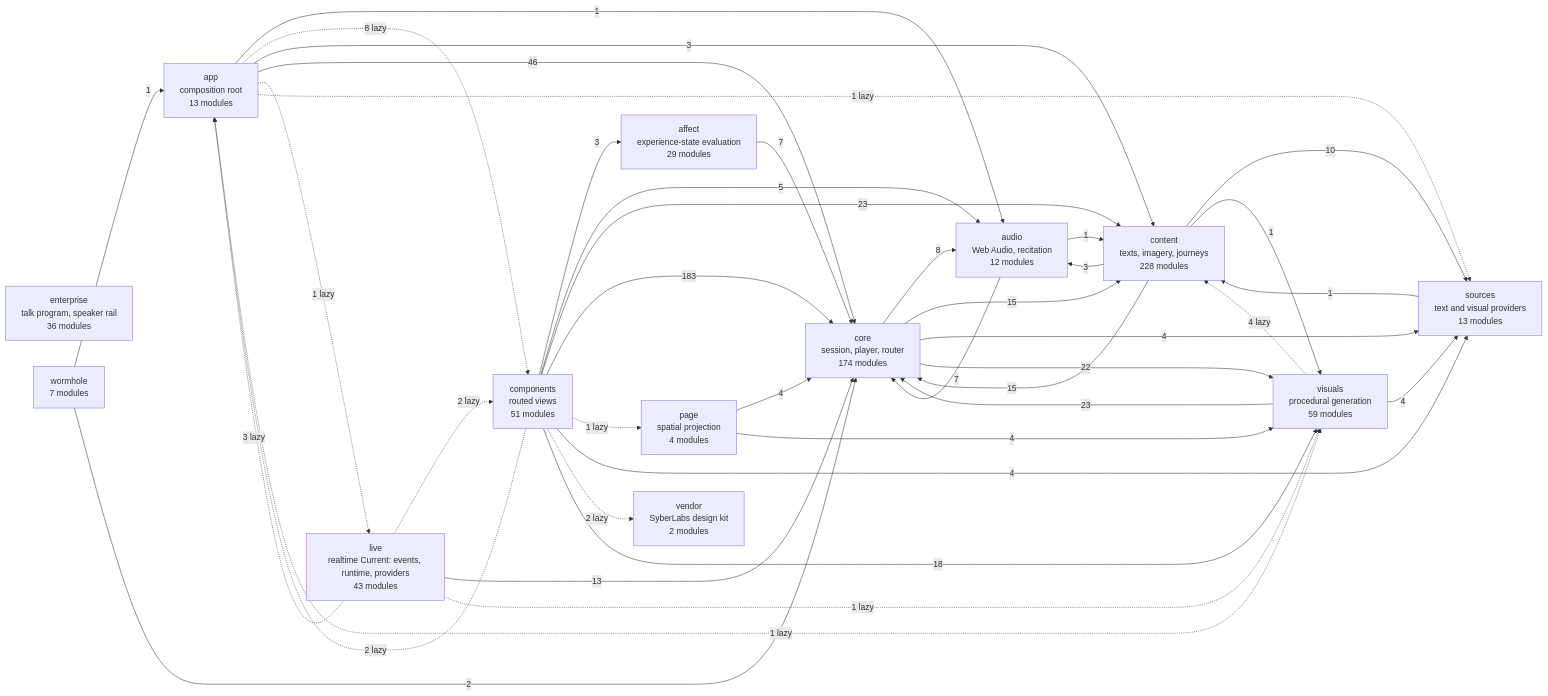
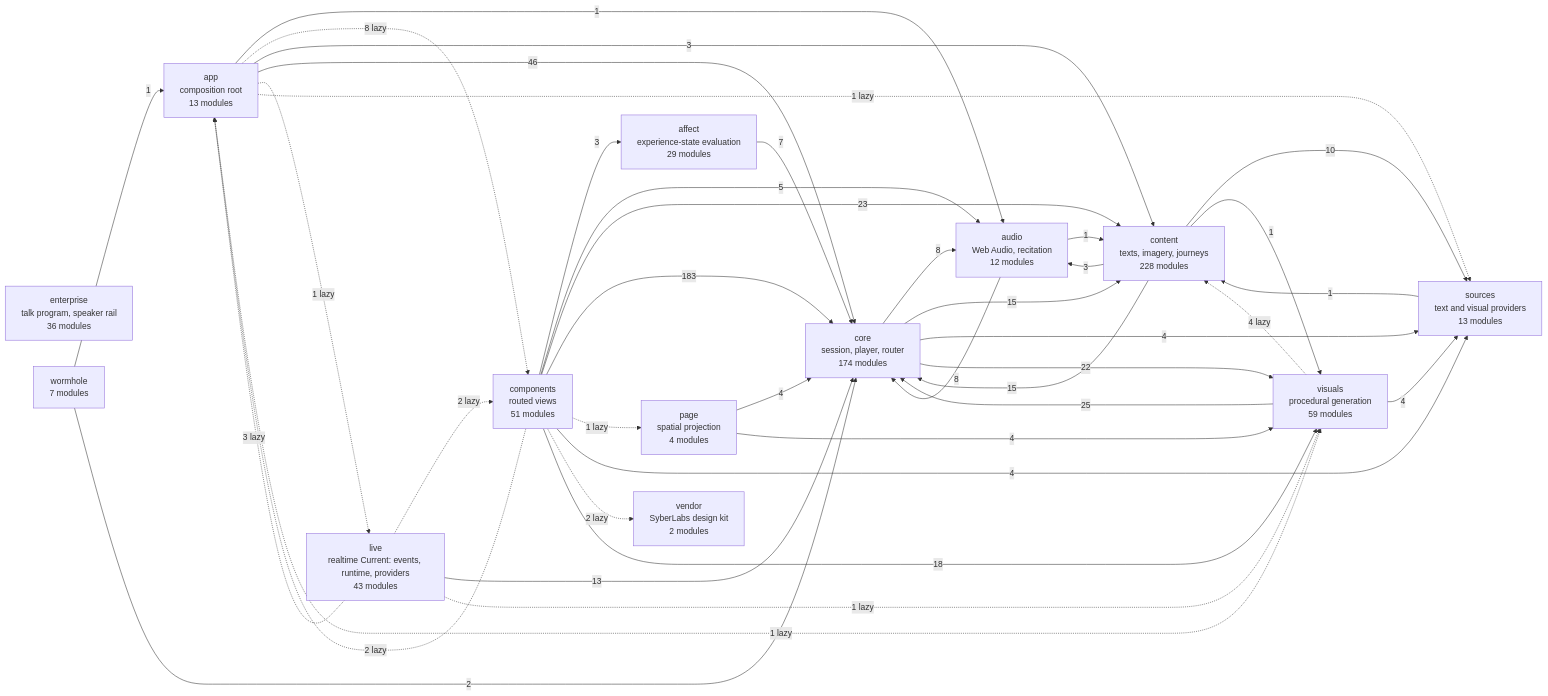
The diagram in docs/specs/ARCHITECTURE.md (SyberLabs/RISE), drawn with Mermaid before and after one commit.

Commit message:
Regenerate the architecture diagram

````diff
--- a/docs/specs/ARCHITECTURE.md
+++ b/docs/specs/ARCHITECTURE.md
@@ -154,56 +154,56 @@
 ```mermaid
 flowchart LR
     affect["affect<br/>experience-state evaluation<br/>29 modules"]
     app["app<br/>composition root<br/>13 modules"]
     audio["audio<br/>Web Audio, recitation<br/>12 modules"]
     components["components<br/>routed views<br/>51 modules"]
     content["content<br/>texts, imagery, journeys<br/>228 modules"]
     core["core<br/>session, player, router<br/>174 modules"]
     enterprise["enterprise<br/>talk program, speaker rail<br/>36 modules"]
     live["live<br/>realtime Current: events, runtime, providers<br/>43 modules"]
     page["page<br/>spatial projection<br/>4 modules"]
     sources["sources<br/>text and visual providers<br/>13 modules"]
     vendor["vendor<br/>SyberLabs design kit<br/>2 modules"]
     visuals["visuals<br/>procedural generation<br/>59 modules"]
     wormhole["wormhole<br/>7 modules"]
 
     affect --> |7| core
     app --> |1| audio
     app -.-> |8 lazy| components
     app --> |3| content
     app --> |46| core
     app -.-> |1 lazy| live
     app -.-> |1 lazy| sources
     app -.-> |1 lazy| visuals
     audio --> |1| content
-    audio --> |7| core
+    audio --> |8| core
     components --> |3| affect
     components -.-> |2 lazy| app
     components --> |5| audio
     components --> |23| content
     components --> |183| core
     components -.-> |1 lazy| page
     components --> |4| sources
     components -.-> |2 lazy| vendor
     components --> |18| visuals
     content --> |3| audio
     content --> |15| core
     content --> |10| sources
     content --> |1| visuals
     core --> |8| audio
     core --> |15| content
     core --> |4| sources
     core --> |22| visuals
     live -.-> |3 lazy| app
     live -.-> |2 lazy| components
     live --> |13| core
     live -.-> |1 lazy| visuals
     page --> |4| core
     page --> |4| visuals
     sources --> |1| content
     visuals -.-> |4 lazy| content
-    visuals --> |23| core
+    visuals --> |25| core
     visuals --> |4| sources
     wormhole --> |1| app
     wormhole --> |2| core
 ```
````
